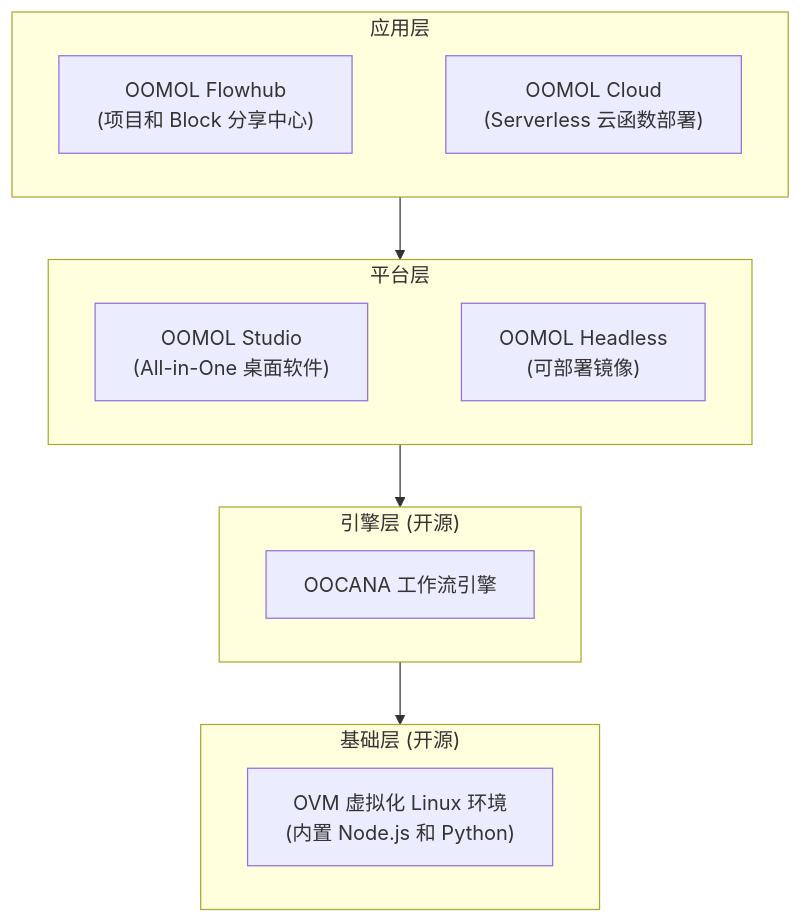
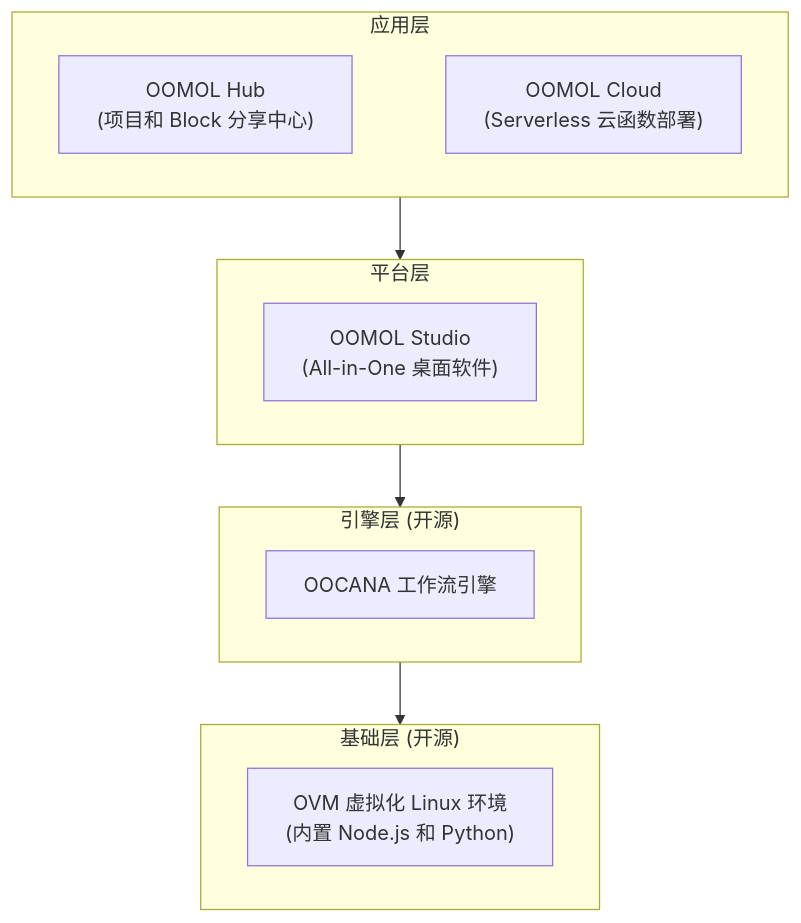
Before and after one commit to oomol/oomol.com: the diagram in i18n/zh-CN/docusaurus-plugin-content-docs/current/overview.mdx, drawn with Mermaid. The commit also changed other lines of this file and 21 other files, not shown here.

````diff
--- a/i18n/zh-CN/docusaurus-plugin-content-docs/current/overview.mdx
+++ b/i18n/zh-CN/docusaurus-plugin-content-docs/current/overview.mdx
@@ -38,22 +52,23 @@
 ```mermaid
-graph TB
+%%{init: { "flowchart": { "htmlLabels": false } }}%%
+flowchart TB
     subgraph Layer4["应用层"]
-        Hub["OOMOL Flowhub<br/>(项目和 Block 分享中心)"] ~~~ Cloud["OOMOL Cloud<br/>(Serverless 云函数部署)"]
+        Hub["OOMOL Hub<br/>(项目和 Block 分享中心)"] ~~~ Cloud["OOMOL Cloud<br/>(Serverless 云函数部署)"]
     end
 
     subgraph Layer3["平台层"]
-        Studio["OOMOL Studio<br/>(All-in-One 桌面软件)"] ~~~ Headless["OOMOL Headless<br/>(可部署镜像)"]
+        Studio["OOMOL Studio<br/>(All-in-One 桌面软件)"]
     end
 
     subgraph Layer2["引擎层 (开源)"]
         Oocana["OOCANA 工作流引擎"]
     end
 
     subgraph Layer1["基础层 (开源)"]
         OVM["OVM 虚拟化 Linux 环境<br/>(内置 Node.js 和 Python)"]
     end
 
     Layer4 --> Layer3
     Layer3 --> Layer2
     Layer2 --> Layer1
 ```
````
